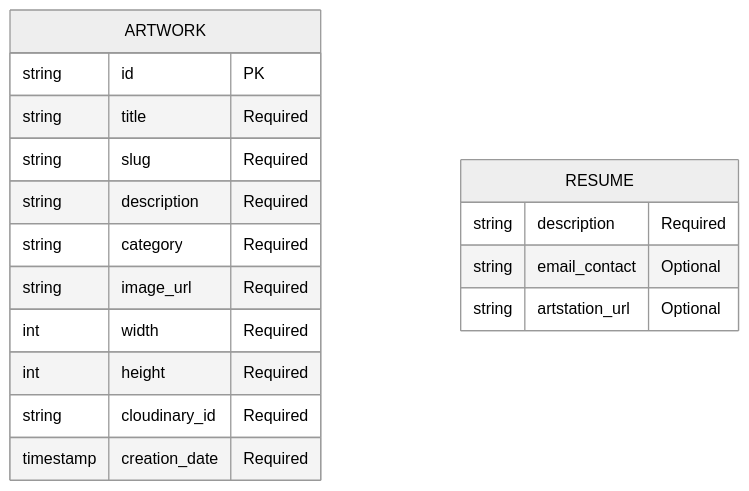
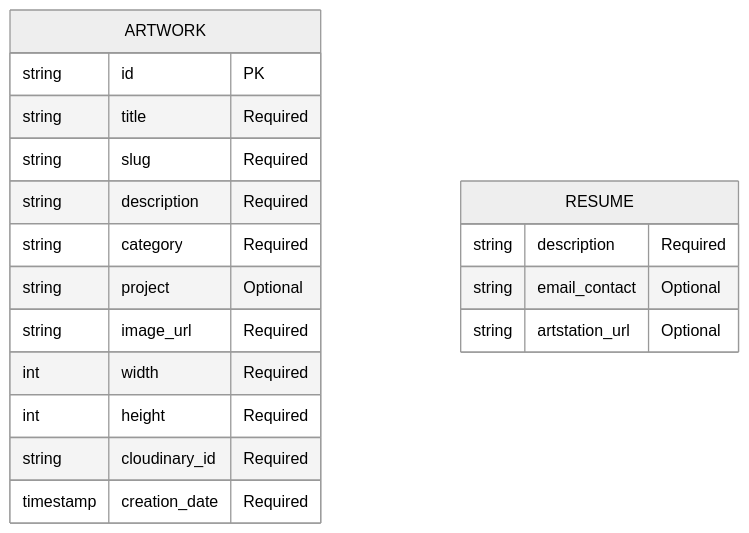
The diagram in docs/data_model_diagram.md (Mnxvll/concept-art-portfolio), drawn with Mermaid (neutral theme) before and after one commit. The commit also changed other lines of this file and 5 other files, not shown here.

````diff
--- a/docs/data_model_diagram.md
+++ b/docs/data_model_diagram.md
@@ -4,21 +4,22 @@
 ```mermaid
 erDiagram
     ARTWORK {
         string id "PK"
         string title "Required"
         string slug "Required"
         string description "Required"
         string category "Required"
+        string project "Optional"
         string image_url "Required"
         int width "Required"
         int height "Required"
         string cloudinary_id "Required"
         timestamp creation_date "Required"
     }
 
     RESUME {
         string description "Required"
         string email_contact "Optional"
         string artstation_url "Optional"
     }
 ```
````
